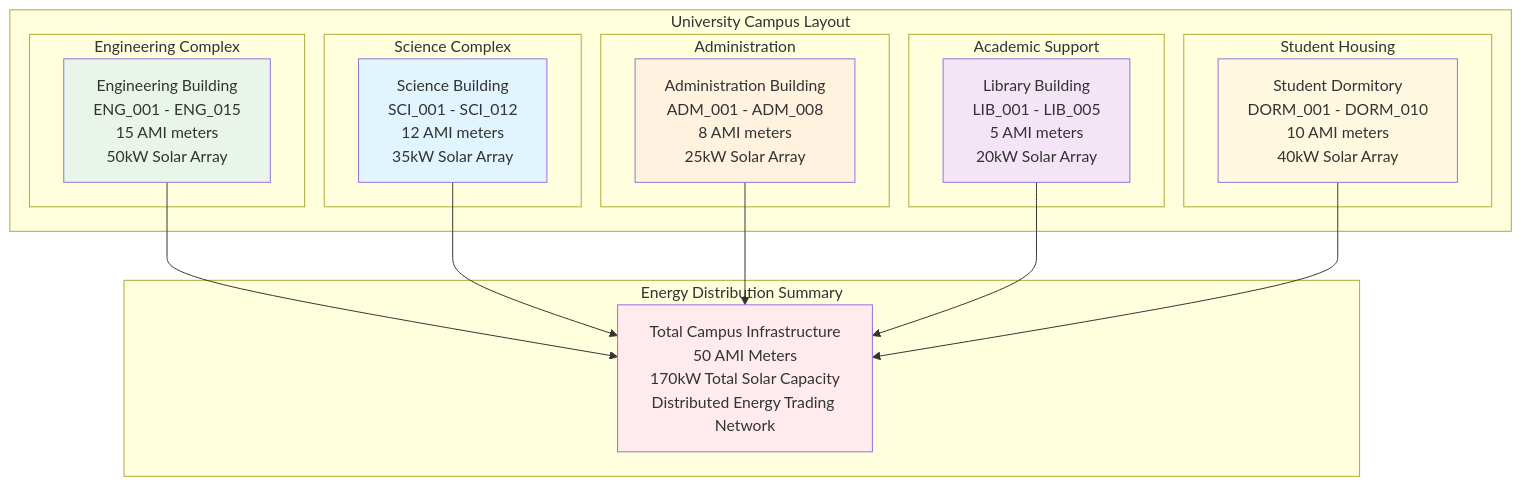
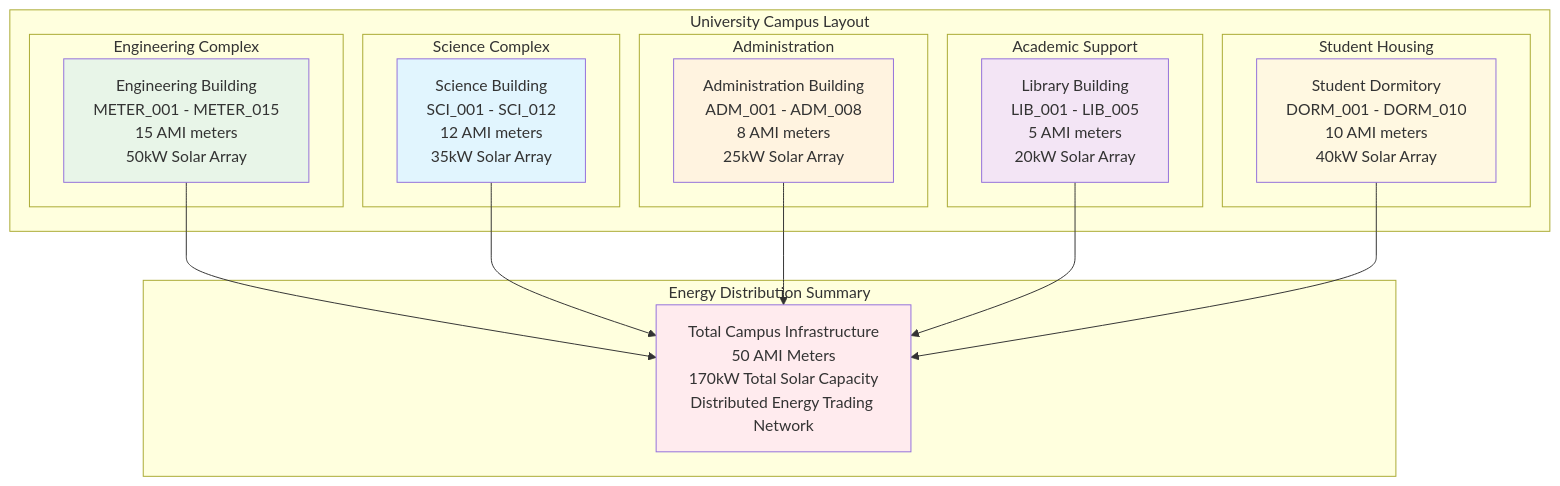
Before and after one commit to NakaSato/p2p: the fourth of 9 diagrams in docs/PROJECT_PROPOSAL.md, drawn with Mermaid. The commit also changed other lines of this file and 31 other files, not shown here.

Commit message:
Refactor meter IDs from ENG_001 to METER_001 across documentation, scripts, and test data; remove obsolete SQL queries related to blockchain transactions and energy readings; enable database migrations in main.rs; update project proposal objectives and technology stack.

````diff
--- a/docs/PROJECT_PROPOSAL.md
+++ b/docs/PROJECT_PROPOSAL.md
@@ -417,41 +411,41 @@
 ```mermaid
 graph TD
   subgraph "University Campus Layout"
     subgraph "Engineering Complex"
-      ENG["Engineering Building<br/>ENG_001 - ENG_015<br/>15 AMI meters<br/>50kW Solar Array"]
+      ENG["Engineering Building<br/>METER_001 - METER_015<br/>15 AMI meters<br/>50kW Solar Array"]
     end
     
     subgraph "Science Complex"
       SCI["Science Building<br/>SCI_001 - SCI_012<br/>12 AMI meters<br/>35kW Solar Array"]
     end
     
     subgraph "Administration"
       ADM["Administration Building<br/>ADM_001 - ADM_008<br/>8 AMI meters<br/>25kW Solar Array"]
     end
     
     subgraph "Academic Support"
       LIB["Library Building<br/>LIB_001 - LIB_005<br/>5 AMI meters<br/>20kW Solar Array"]
     end
     
     subgraph "Student Housing"
       DORM["Student Dormitory<br/>DORM_001 - DORM_010<br/>10 AMI meters<br/>40kW Solar Array"]
     end
   end
   
   subgraph "Energy Distribution Summary"
     TOTAL["Total Campus Infrastructure<br/>50 AMI Meters<br/>170kW Total Solar Capacity<br/>Distributed Energy Trading Network"]
   end
   
   ENG --> TOTAL
   SCI --> TOTAL
   ADM --> TOTAL
   LIB --> TOTAL
   DORM --> TOTAL
   
   style ENG fill:#e8f5e8
   style SCI fill:#e1f5fe
   style ADM fill:#fff3e0
   style LIB fill:#f3e5f5
   style DORM fill:#fff8e1
   style TOTAL fill:#ffebee
 ```
````
